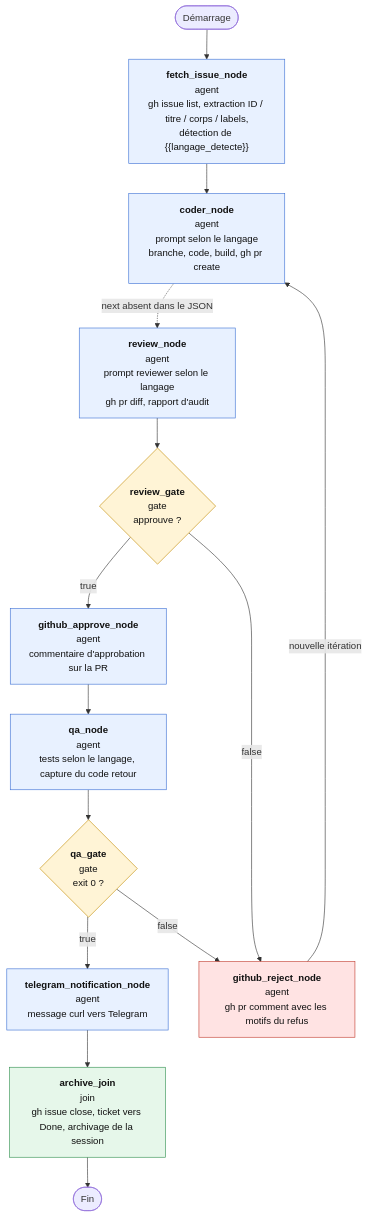
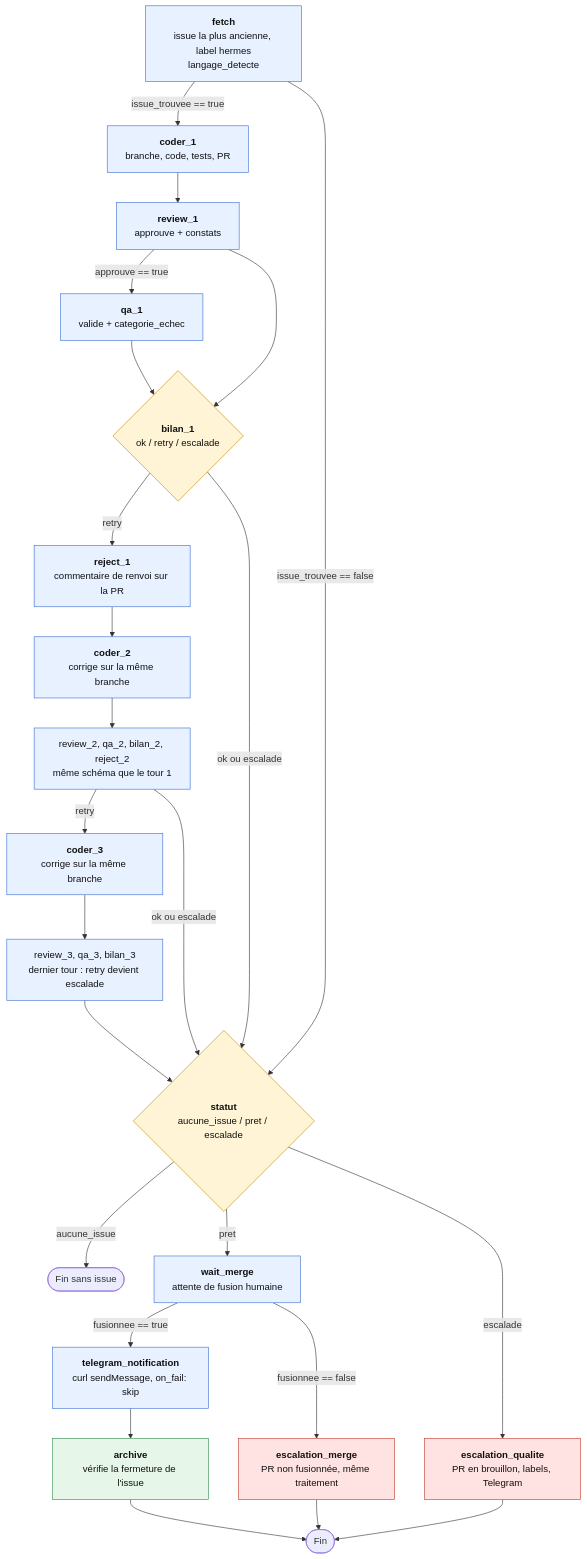
The diagram in code-review-qa/README.md (FredMencier/hermes-workflow), drawn with Mermaid before and after one commit. The commit also changed other lines of this file, not shown here.

````diff
--- a/code-review-qa/README.md
+++ b/code-review-qa/README.md
@@ -27,38 +32,54 @@
 ```mermaid
 flowchart TD
-    START([Démarrage]) --> FETCH
+    FETCH["<b>fetch</b><br/>issue la plus ancienne, label hermes<br/>langage_detecte"]
+    CODER1["<b>coder_1</b><br/>branche, code, tests, PR"]
+    REVIEW1["<b>review_1</b><br/>approuve + constats"]
+    QA1["<b>qa_1</b><br/>valide + categorie_echec"]
+    BILAN1{"<b>bilan_1</b><br/>ok / retry / escalade"}
+    REJECT1["<b>reject_1</b><br/>commentaire de renvoi sur la PR"]
+    CODER2["<b>coder_2</b><br/>corrige sur la même branche"]
+    R2["review_2, qa_2, bilan_2, reject_2<br/>même schéma que le tour 1"]
+    CODER3["<b>coder_3</b><br/>corrige sur la même branche"]
+    R3["review_3, qa_3, bilan_3<br/>dernier tour : retry devient escalade"]
+    STATUT{"<b>statut</b><br/>aucune_issue / pret / escalade"}
+    WAIT["<b>wait_merge</b><br/>attente de fusion humaine"]
+    ESCQ["<b>escalation_qualite</b><br/>PR en brouillon, labels, Telegram"]
+    ESCM["<b>escalation_merge</b><br/>PR non fusionnée, même traitement"]
+    TELE["<b>telegram_notification</b><br/>curl sendMessage, on_fail: skip"]
+    ARCH["<b>archive</b><br/>vérifie la fermeture de l'issue"]
+    END0([Fin sans issue])
+    END1([Fin])
 
-    FETCH["<b>fetch_issue_node</b><br/>agent<br/>gh issue list, extraction ID / titre / corps / labels,<br/>détection de {{langage_detecte}}"]
-    CODER["<b>coder_node</b><br/>agent<br/>prompt selon le langage<br/>branche, code, build, gh pr create"]
-    REVIEW["<b>review_node</b><br/>agent<br/>prompt reviewer selon le langage<br/>gh pr diff, rapport d'audit"]
-    RGATE{"<b>review_gate</b><br/>gate<br/>approuve ?"}
-    REJECT["<b>github_reject_node</b><br/>agent<br/>gh pr comment avec les motifs du refus"]
-    APPROVE["<b>github_approve_node</b><br/>agent<br/>commentaire d'approbation sur la PR"]
-    QA["<b>qa_node</b><br/>agent<br/>tests selon le langage, capture du code retour"]
-    QGATE{"<b>qa_gate</b><br/>gate<br/>exit 0 ?"}
-    TELEGRAM["<b>telegram_notification_node</b><br/>agent<br/>message curl vers Telegram"]
-    ARCHIVE["<b>archive_join</b><br/>join<br/>gh issue close, ticket vers Done, archivage de la session"]
-    END([Fin])
-
-    FETCH --> CODER
-    CODER -. "next absent dans le JSON" .-> REVIEW
-    REVIEW --> RGATE
-    RGATE -- "true" --> APPROVE
-    RGATE -- "false" --> REJECT
-    APPROVE --> QA
-    QA --> QGATE
-    QGATE -- "true" --> TELEGRAM
-    QGATE -- "false" --> REJECT
-    REJECT -- "nouvelle itération" --> CODER
-    TELEGRAM --> ARCHIVE
-    ARCHIVE --> END
+    FETCH -->|"issue_trouvee == true"| CODER1
+    FETCH -->|"issue_trouvee == false"| STATUT
+    CODER1 --> REVIEW1
+    REVIEW1 -->|"approuve == true"| QA1
+    REVIEW1 --> BILAN1
+    QA1 --> BILAN1
+    BILAN1 -->|"retry"| REJECT1
+    REJECT1 --> CODER2
+    CODER2 --> R2
+    R2 -->|"retry"| CODER3
+    CODER3 --> R3
+    BILAN1 -->|"ok ou escalade"| STATUT
+    R2 -->|"ok ou escalade"| STATUT
+    R3 --> STATUT
+    STATUT -->|"aucune_issue"| END0
+    STATUT -->|"pret"| WAIT
+    STATUT -->|"escalade"| ESCQ
+    WAIT -->|"fusionnee == true"| TELE
+    WAIT -->|"fusionnee == false"| ESCM
+    TELE --> ARCH
+    ARCH --> END1
+    ESCQ --> END1
+    ESCM --> END1
 
     classDef agent fill:#e8f1ff,stroke:#3b6fd4,color:#111
-    classDef gate fill:#fff4d6,stroke:#c28a00,color:#111
-    classDef join fill:#e6f7ea,stroke:#2f8f4e,color:#111
+    classDef decision fill:#fff4d6,stroke:#c28a00,color:#111
     classDef warn fill:#ffe3e3,stroke:#c0392b,color:#111
-    class FETCH,CODER,REVIEW,REJECT,APPROVE,QA,TELEGRAM agent
-    class RGATE,QGATE gate
-    class ARCHIVE join
-    class REJECT warn
+    classDef ok fill:#e6f7ea,stroke:#2f8f4e,color:#111
+    class FETCH,CODER1,REVIEW1,QA1,REJECT1,CODER2,R2,CODER3,R3,WAIT,TELE agent
+    class BILAN1,STATUT decision
+    class ESCQ,ESCM warn
+    class ARCH ok
 ```
````
